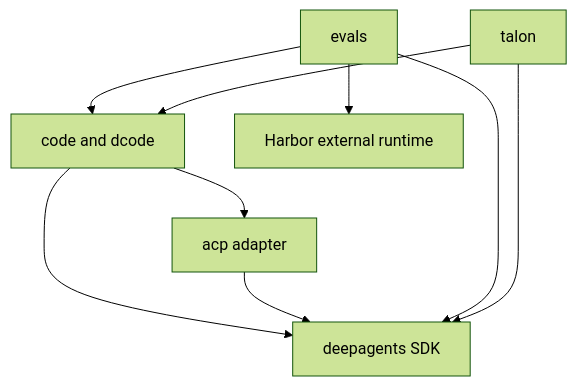
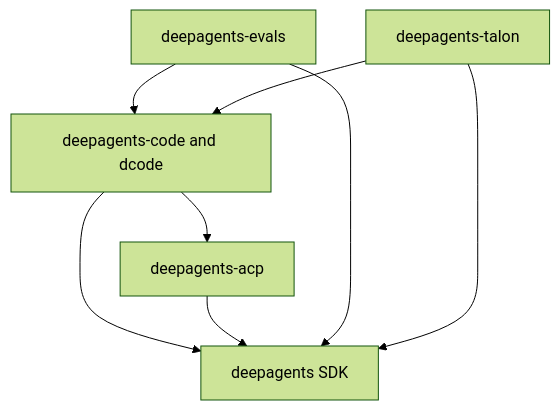
Before and after one commit to langchain-ai/deepagents: the diagram in openwiki/quickstart.md, drawn with Mermaid (forest theme). The commit also changed other lines of this file and 28 other files, not shown here.

````diff
--- a/openwiki/quickstart.md
+++ b/openwiki/quickstart.md
@@ -79,11 +83,10 @@
 ```mermaid
 flowchart TD
-    Code["code and dcode"] --> SDK["deepagents SDK"]
-    Code --> ACP["acp adapter"]
+    Code["deepagents-code and dcode"] --> SDK["deepagents SDK"]
+    Code --> ACP["deepagents-acp"]
     ACP --> SDK
-    Evals["evals"] --> SDK
+    Evals["deepagents-evals"] --> SDK
     Evals --> Code
-    Talon["talon"] --> SDK
+    Talon["deepagents-talon"] --> SDK
     Talon --> Code
-    Evals --> Harbor["Harbor external runtime"]
 ```
````
